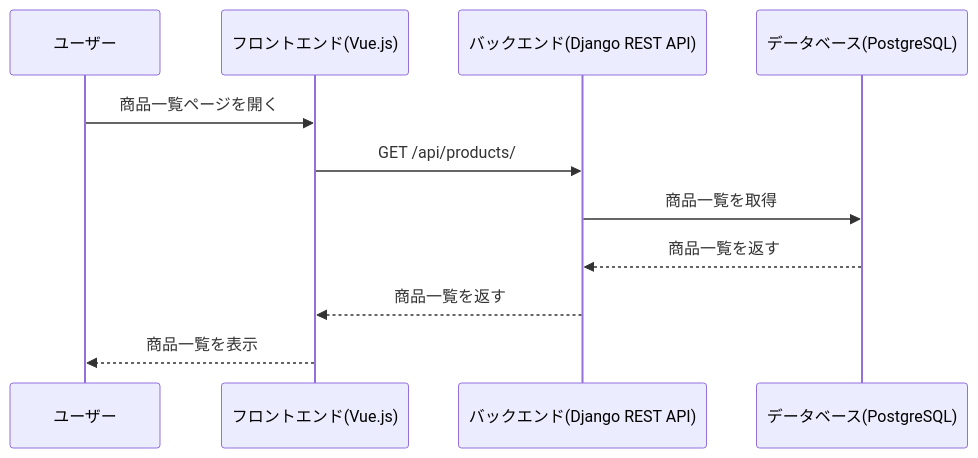
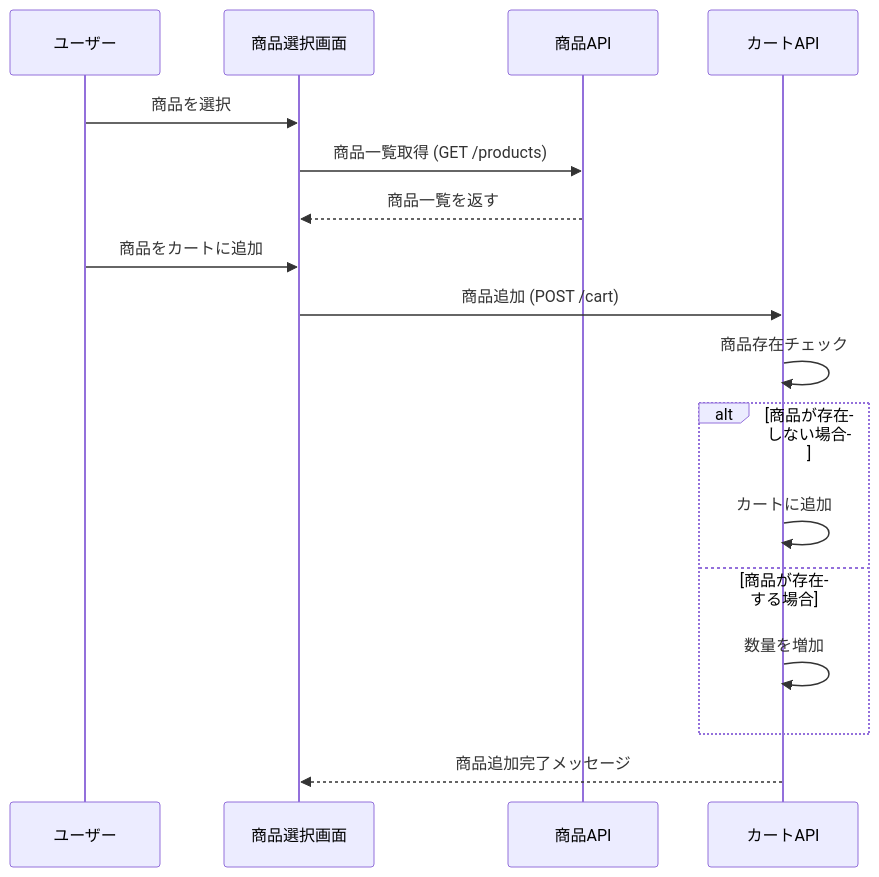
Before and after one commit to g-its-maruta/ai-dev-spec: the first of 4 diagrams in function/機能設計書.md, drawn with Mermaid. The commit also changed other lines of this file and 5 other files, not shown here.

````diff
--- a/function/機能設計書.md
+++ b/function/機能設計書.md
@@ -5,14 +5,20 @@
 ```mermaid
 sequenceDiagram
-    participant User as ユーザー
-    participant VueApp as フロントエンド(Vue.js)
-    participant API as バックエンド(Django REST API)
-    participant DB as データベース(PostgreSQL)
+    participant ユーザー
+    participant 商品選択画面
+    participant 商品API
+    participant カートAPI
 
-    User->>VueApp: 商品一覧ページを開く
-    VueApp->>API: GET /api/products/
-    API->>DB: 商品一覧を取得
-    DB-->>API: 商品一覧を返す
-    API-->>VueApp: 商品一覧を返す
-    VueApp-->>User: 商品一覧を表示
+    ユーザー ->> 商品選択画面: 商品を選択
+    商品選択画面 ->> 商品API: 商品一覧取得 (GET /products)
+    商品API -->> 商品選択画面: 商品一覧を返す
+    ユーザー ->> 商品選択画面: 商品をカートに追加
+    商品選択画面 ->> カートAPI: 商品追加 (POST /cart)
+    カートAPI ->> カートAPI: 商品存在チェック
+    alt 商品が存在しない場合
+        カートAPI ->> カートAPI: カートに追加
+    else 商品が存在する場合
+        カートAPI ->> カートAPI: 数量を増加
+    end
+    カートAPI -->> 商品選択画面: 商品追加完了メッセージ
 ```
````
